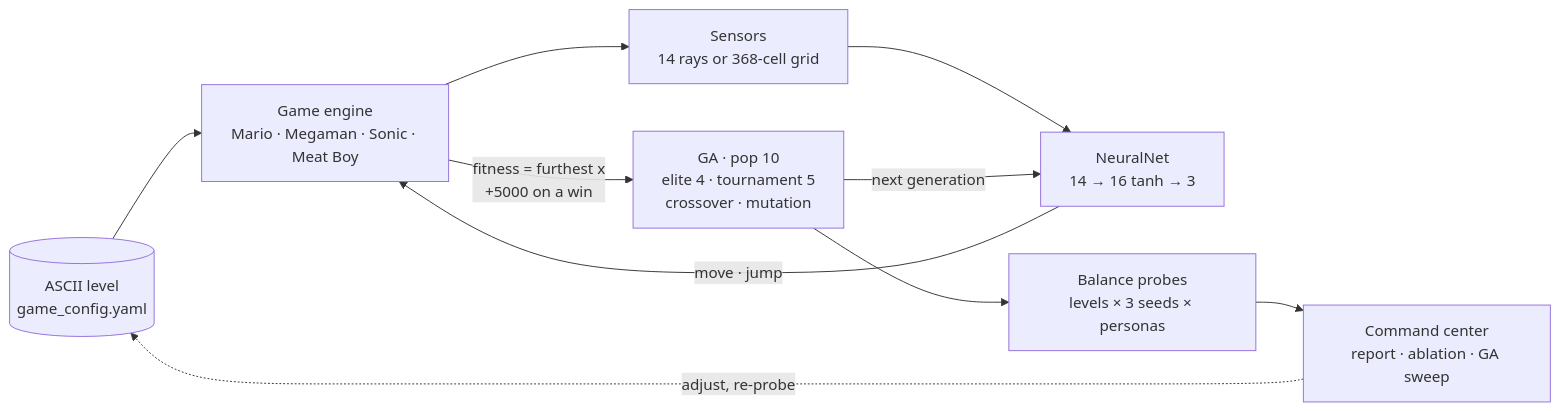
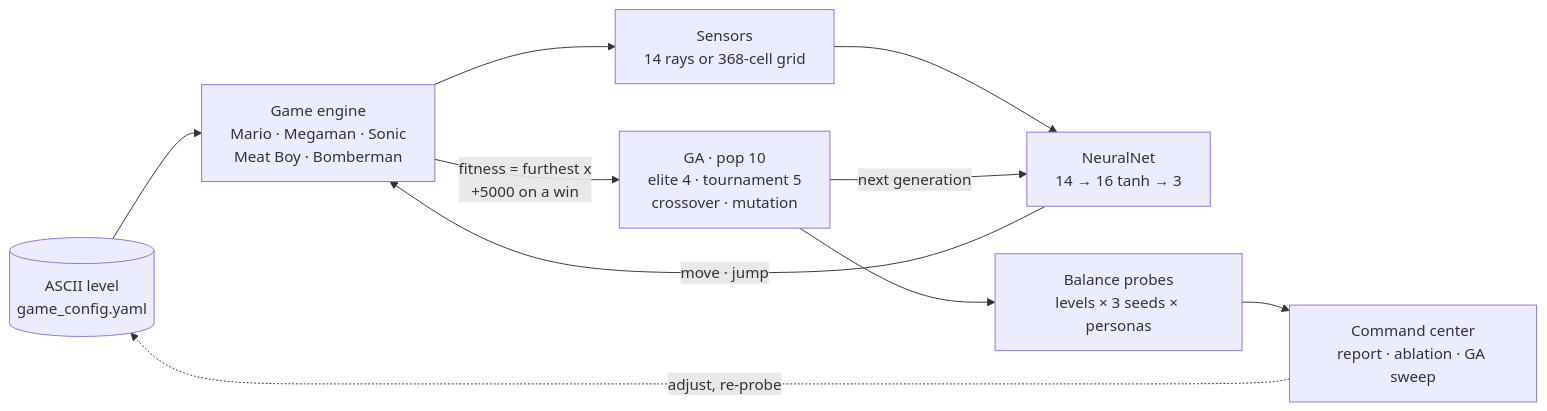
Before and after one commit to Code-SorceryLab/PEAK-DRL-Tool: the diagram in README.md, drawn with Mermaid. The commit also changed other lines of this file and 571 other files, not shown here.

````diff
--- a/README.md
+++ b/README.md
@@ -168,12 +168,12 @@
 ```mermaid
 flowchart LR
-    A[("ASCII level<br/>game_config.yaml")] --> E["Game engine<br/>Mario · Megaman · Sonic · Meat Boy"]
+    A[("ASCII level<br/>game_config.yaml")] --> E["Game engine<br/>Mario · Megaman · Sonic<br/>Meat Boy · Bomberman"]
     E --> S["Sensors<br/>14 rays or 368-cell grid"]
     S --> N["NeuralNet<br/>14 → 16 tanh → 3"]
     N -->|move · jump| E
     E -->|fitness = furthest x<br/>+5000 on a win| G["GA · pop 10<br/>elite 4 · tournament 5<br/>crossover · mutation"]
     G -->|next generation| N
     G --> P["Balance probes<br/>levels × 3 seeds × personas"]
     P --> R["Command center<br/>report · ablation · GA sweep"]
     R -.->|adjust, re-probe| A
 ```
````
